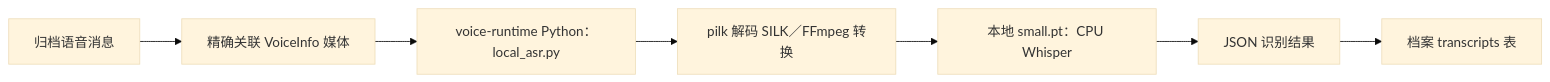
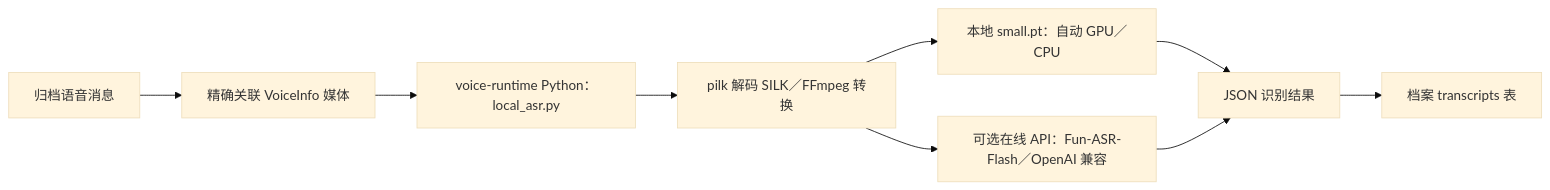
Before and after one commit to Mapotofsky/wechat-export-tool: the third of 3 diagrams in README.md, drawn with Mermaid (base theme). The commit also changed other lines of this file and 21 other files, not shown here.

````diff
--- a/README.md
+++ b/README.md
@@ -241,9 +252,11 @@
 ```mermaid
 flowchart LR
     Message["归档语音消息"] --> Media["精确关联 VoiceInfo 媒体"]
     Media --> Worker["voice-runtime Python：local_asr.py"]
     Worker --> Decode["pilk 解码 SILK／FFmpeg 转换"]
-    Decode --> Model["本地 small.pt：CPU Whisper"]
+    Decode --> Model["本地 small.pt：自动 GPU／CPU"]
+    Decode --> Online["可选在线 API：Fun-ASR-Flash／OpenAI 兼容"]
     Model --> Result["JSON 识别结果"]
+    Online --> Result
     Result --> Transcript["档案 transcripts 表"]
 ```
````
